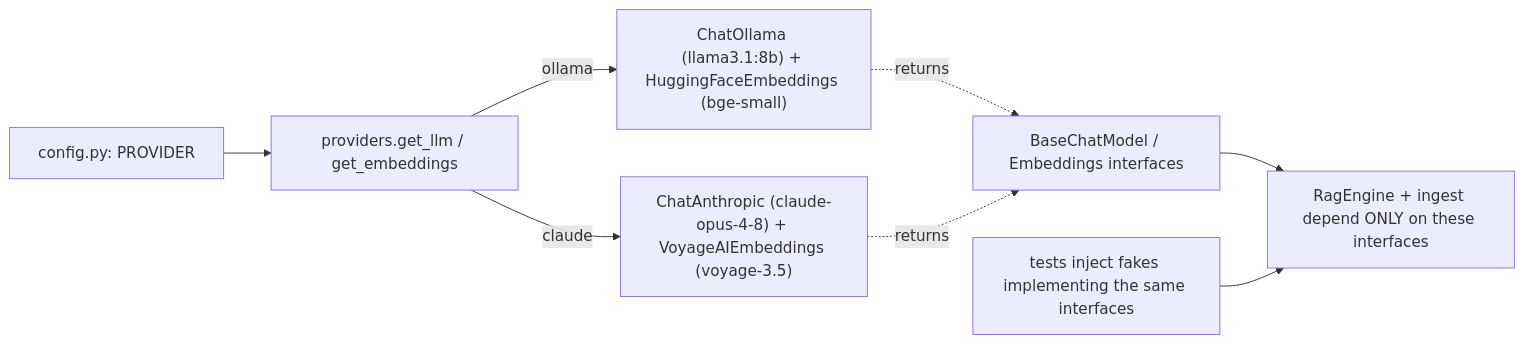
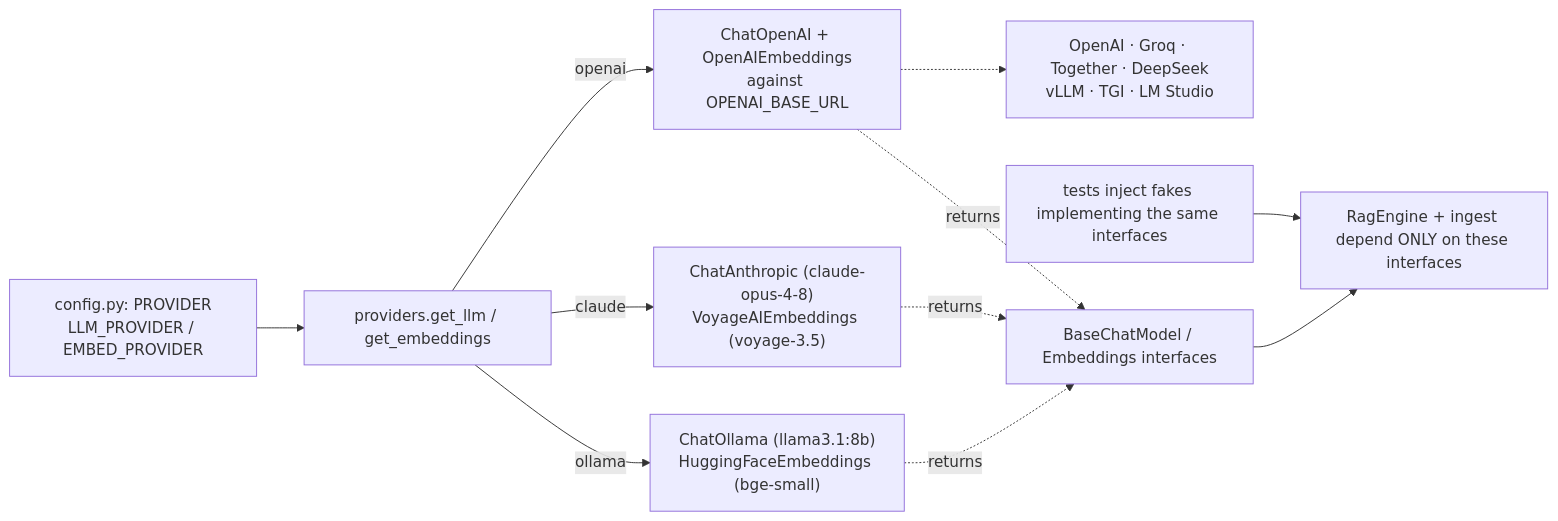
One commit to SathishKumarAI/ai-due-diligence-copilot changed the third of 4 diagrams in docs/ARCHITECTURE.md. Above: the diagram before and after it, drawn with Mermaid. The commit also changed other lines of this file and 17 other files, not shown here.

````diff
--- a/docs/ARCHITECTURE.md
+++ b/docs/ARCHITECTURE.md
@@ -173,10 +180,13 @@
 ```mermaid
 flowchart LR
-    CFG["config.py: PROVIDER"] --> PF["providers.get_llm / get_embeddings"]
-    PF -->|ollama| O["ChatOllama (llama3.1:8b) + HuggingFaceEmbeddings (bge-small)"]
-    PF -->|claude| A["ChatAnthropic (claude-opus-4-8) + VoyageAIEmbeddings (voyage-3.5)"]
+    CFG["config.py: PROVIDER<br/>LLM_PROVIDER / EMBED_PROVIDER"] --> PF["providers.get_llm / get_embeddings"]
+    PF -->|ollama| O["ChatOllama (llama3.1:8b)<br/>HuggingFaceEmbeddings (bge-small)"]
+    PF -->|claude| A["ChatAnthropic (claude-opus-4-8)<br/>VoyageAIEmbeddings (voyage-3.5)"]
+    PF -->|openai| X["ChatOpenAI + OpenAIEmbeddings<br/>against OPENAI_BASE_URL"]
+    X -.-> V["OpenAI · Groq · Together · DeepSeek<br/>vLLM · TGI · LM Studio"]
     O -.returns.-> IFACE["BaseChatModel / Embeddings interfaces"]
     A -.returns.-> IFACE
+    X -.returns.-> IFACE
     IFACE --> ENG["RagEngine + ingest depend ONLY on these interfaces"]
     FAKE["tests inject fakes implementing the same interfaces"] --> ENG
 ```
````
